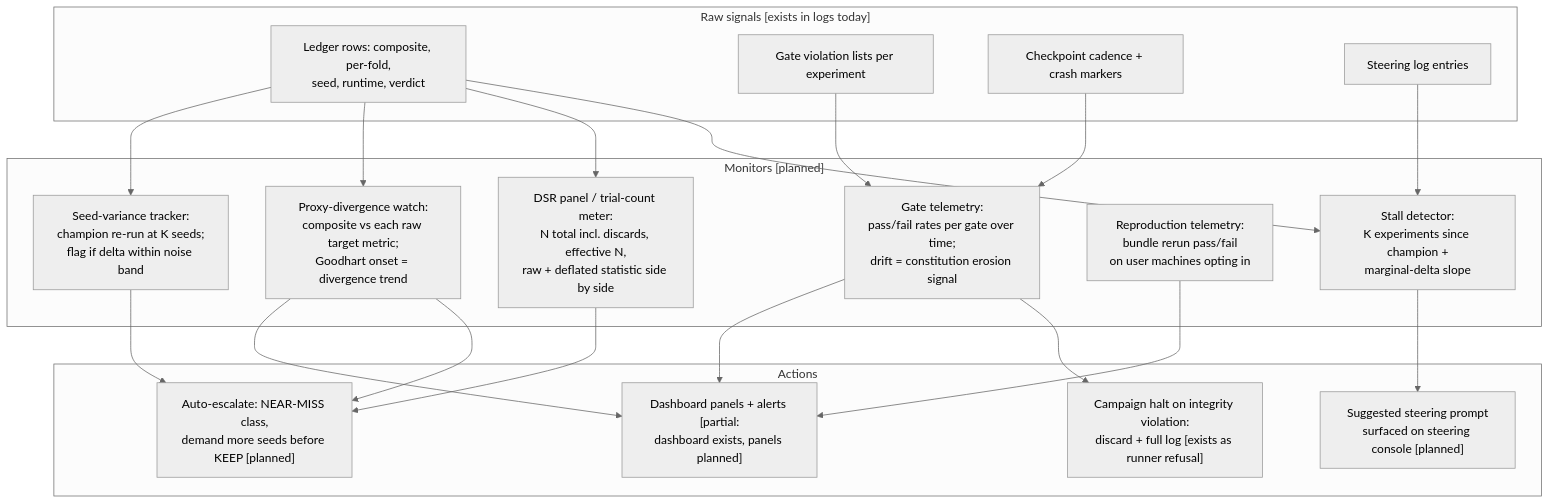
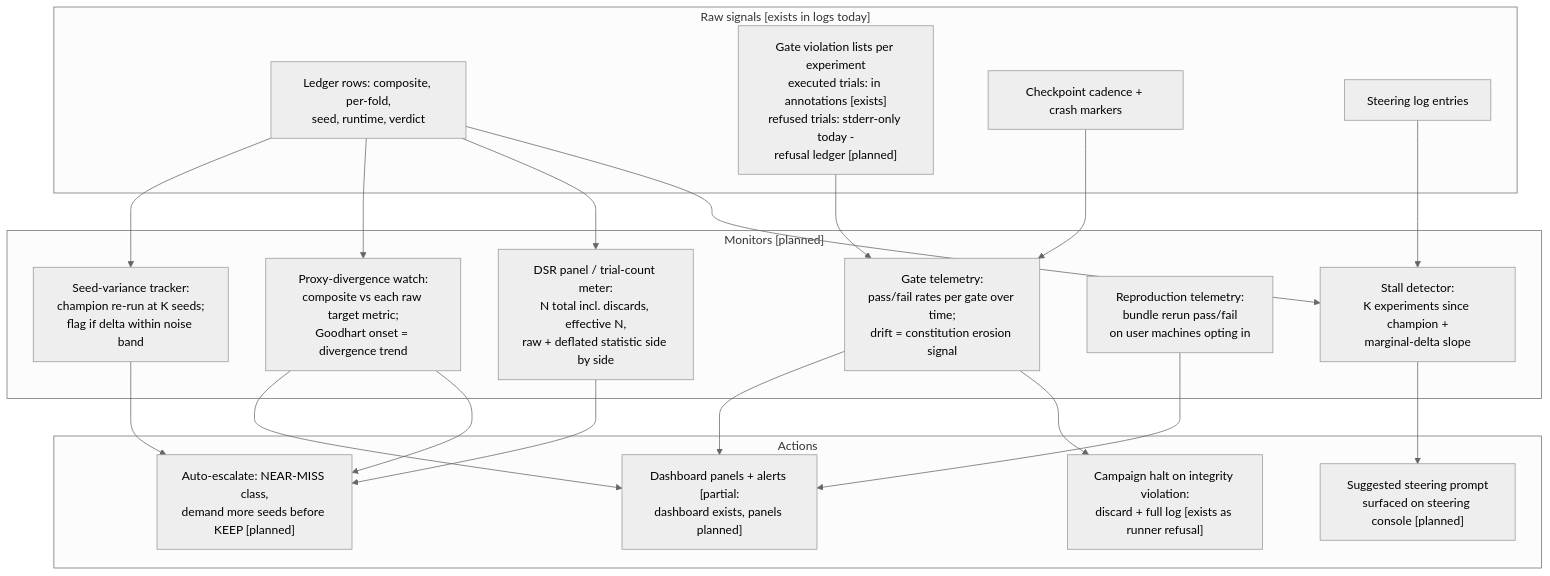
One commit to dlmastery/startup-skills changed the diagram in runs/autoresearch/tech/architecture/D08.md. Above: the diagram before and after it, drawn with Mermaid (neutral theme). The commit also changed 32 other files, not shown here.

````diff
--- a/runs/autoresearch/tech/architecture/D08.md
+++ b/runs/autoresearch/tech/architecture/D08.md
@@ -5,41 +5,41 @@
 ```mermaid
 flowchart TD
     subgraph SIGNALS["Raw signals [exists in logs today]"]
         LG["Ledger rows: composite, per-fold,<br/>seed, runtime, verdict"]
-        GV["Gate violation lists per experiment"]
+        GV["Gate violation lists per experiment<br/>executed trials: in annotations [exists]<br/>refused trials: stderr-only today -<br/>refusal ledger [planned]"]
         CK["Checkpoint cadence + crash markers"]
         ST["Steering log entries"]
     end
 
     subgraph MON["Monitors [planned]"]
         M1["Gate telemetry:<br/>pass/fail rates per gate over time;<br/>drift = constitution erosion signal"]
         M2["Seed-variance tracker:<br/>champion re-run at K seeds;<br/>flag if delta within noise band"]
         M3["Proxy-divergence watch:<br/>composite vs each raw target metric;<br/>Goodhart onset = divergence trend"]
         M4["DSR panel / trial-count meter:<br/>N total incl. discards, effective N,<br/>raw + deflated statistic side by side"]
         M5["Reproduction telemetry:<br/>bundle rerun pass/fail<br/>on user machines opting in"]
         M6["Stall detector:<br/>K experiments since champion +<br/>marginal-delta slope"]
     end
 
     subgraph ACT["Actions"]
         A1["Dashboard panels + alerts [partial:<br/>dashboard exists, panels planned]"]
         A2["Auto-escalate: NEAR-MISS class,<br/>demand more seeds before KEEP [planned]"]
         A3["Campaign halt on integrity violation:<br/>discard + full log [exists as runner refusal]"]
         A4["Suggested steering prompt<br/>surfaced on steering console [planned]"]
     end
 
     LG --> M2
     LG --> M3
     LG --> M4
     LG --> M6
     GV --> M1
     CK --> M1
     ST --> M6
     M1 --> A1
     M2 --> A2
     M3 --> A1
     M3 --> A2
     M4 --> A2
     M5 --> A1
     M6 --> A4
     M1 --> A3
 ```
````
